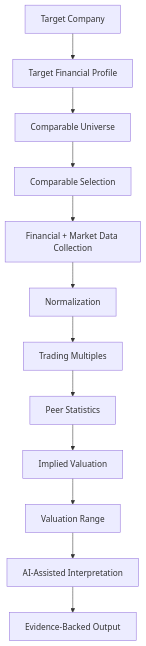
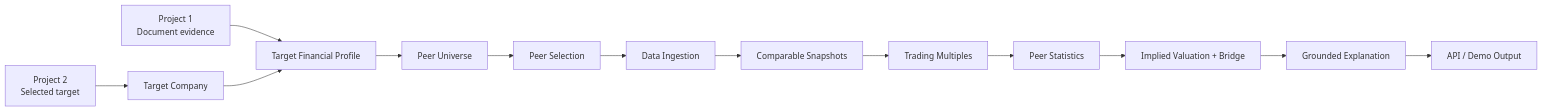
Before and after one commit to rishu765/mna_deal_intelligence: the diagram in 03_comparable_companies_valuation/README.md, drawn with Mermaid. The commit also changed other lines of this file and 30 other files, not shown here.

First line of the commit message:
Project 3 M6: evaluation, API, demo, and V1 finalization (#22)

````diff
--- a/03_comparable_companies_valuation/README.md
+++ b/03_comparable_companies_valuation/README.md
@@ -41,14 +48,15 @@
 ```mermaid
-flowchart TD
-    Target[Target Company] --> Profile[Target Financial Profile]
-    Profile --> Universe[Comparable Universe]
-    Universe --> Selection[Comparable Selection]
-    Selection --> Collection[Financial + Market Data Collection]
-    Collection --> Normalize[Normalization]
-    Normalize --> Multiples[Trading Multiples]
+flowchart LR
+    P1[Project 1\nDocument evidence] --> Profile[Target Financial Profile]
+    P2[Project 2\nSelected target] --> Target[Target Company]
+    Target --> Profile
+    Profile --> Universe[Peer Universe]
+    Universe --> Selection[Peer Selection]
+    Selection --> Ingestion[Data Ingestion]
+    Ingestion --> Snapshots[Comparable Snapshots]
+    Snapshots --> Multiples[Trading Multiples]
     Multiples --> Statistics[Peer Statistics]
-    Statistics --> Implied[Implied Valuation]
-    Implied --> Range[Valuation Range]
-    Range --> Interpretation[AI-Assisted Interpretation]
-    Interpretation --> Output[Evidence-Backed Output]
+    Statistics --> Valuation[Implied Valuation + Bridge]
+    Valuation --> Explanation[Grounded Explanation]
+    Explanation --> Output[API / Demo Output]
 ```
````
